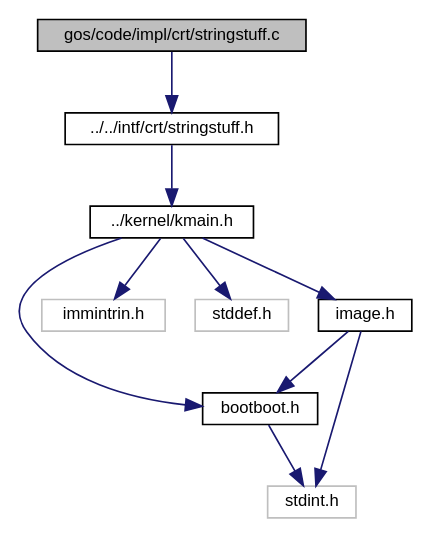
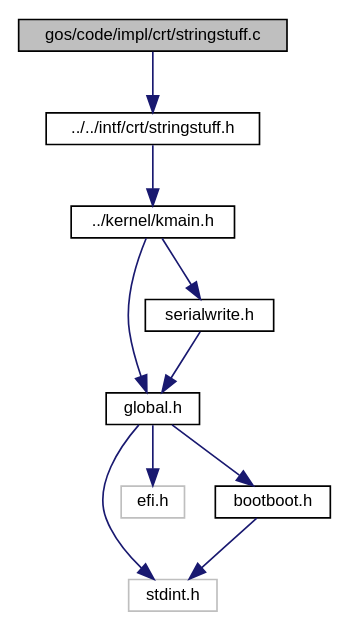
One commit to jrbuchanan02/garbage-os changed the diagram in docs/stringstuff_8c__incl.dot. Above: the diagram before and after it, drawn with Graphviz. The commit also changed 73 other files, not shown here.

```diff
--- a/docs/stringstuff_8c__incl.dot
+++ b/docs/stringstuff_8c__incl.dot
@@ -1,24 +1,24 @@
 digraph "gos/code/impl/crt/stringstuff.c"
 {
  // INTERACTIVE_SVG=YES
  // LATEX_PDF_SIZE
   edge [fontname="Helvetica",fontsize="10",labelfontname="Helvetica",labelfontsize="10"];
   node [fontname="Helvetica",fontsize="10",shape=record];
   Node1 [label="gos/code/impl/crt/stringstuff.c",height=0.2,width=0.4,color="black", fillcolor="grey75", style="filled", fontcolor="black",tooltip="Implementation of all things string!"];
   Node1 -> Node2 [color="midnightblue",fontsize="10",style="solid",fontname="Helvetica"];
   Node2 [label="../../intf/crt/stringstuff.h",height=0.2,width=0.4,color="black", fillcolor="white", style="filled",URL="$stringstuff_8h.html",tooltip="Everything to do with strings."];
   Node2 -> Node3 [color="midnightblue",fontsize="10",style="solid",fontname="Helvetica"];
   Node3 [label="../kernel/kmain.h",height=0.2,width=0.4,color="black", fillcolor="white", style="filled",URL="$kmain_8h.html",tooltip="File for what we include in the kmain.c file."];
   Node3 -> Node4 [color="midnightblue",fontsize="10",style="solid",fontname="Helvetica"];
-  Node4 [label="bootboot.h",height=0.2,width=0.4,color="black", fillcolor="white", style="filled",URL="$bootboot_8h_source.html",tooltip=" "];
+  Node4 [label="global.h",height=0.2,width=0.4,color="black", fillcolor="white", style="filled",URL="$global_8h.html",tooltip="contains the virtual addresses that the linker passes to the kernel's binary"];
   Node4 -> Node5 [color="midnightblue",fontsize="10",style="solid",fontname="Helvetica"];
   Node5 [label="stdint.h",height=0.2,width=0.4,color="grey75", fillcolor="white", style="filled",tooltip=" "];
-  Node3 -> Node6 [color="midnightblue",fontsize="10",style="solid",fontname="Helvetica"];
-  Node6 [label="immintrin.h",height=0.2,width=0.4,color="grey75", fillcolor="white", style="filled",tooltip=" "];
-  Node3 -> Node7 [color="midnightblue",fontsize="10",style="solid",fontname="Helvetica"];
-  Node7 [label="stddef.h",height=0.2,width=0.4,color="grey75", fillcolor="white", style="filled",tooltip=" "];
+  Node4 -> Node6 [color="midnightblue",fontsize="10",style="solid",fontname="Helvetica"];
+  Node6 [label="efi.h",height=0.2,width=0.4,color="grey75", fillcolor="white", style="filled",tooltip=" "];
+  Node4 -> Node7 [color="midnightblue",fontsize="10",style="solid",fontname="Helvetica"];
+  Node7 [label="bootboot.h",height=0.2,width=0.4,color="black", fillcolor="white", style="filled",URL="$bootboot_8h_source.html",tooltip=" "];
+  Node7 -> Node5 [color="midnightblue",fontsize="10",style="solid",fontname="Helvetica"];
   Node3 -> Node8 [color="midnightblue",fontsize="10",style="solid",fontname="Helvetica"];
-  Node8 [label="image.h",height=0.2,width=0.4,color="black", fillcolor="white", style="filled",URL="$image_8h.html",tooltip="Draws images and stuff."];
-  Node8 -> Node5 [color="midnightblue",fontsize="10",style="solid",fontname="Helvetica"];
+  Node8 [label="serialwrite.h",height=0.2,width=0.4,color="black", fillcolor="white", style="filled",URL="$serialwrite_8h.html",tooltip="contains declarations for writing to our debug port! (which will be com1?)"];
   Node8 -> Node4 [color="midnightblue",fontsize="10",style="solid",fontname="Helvetica"];
 }
```
